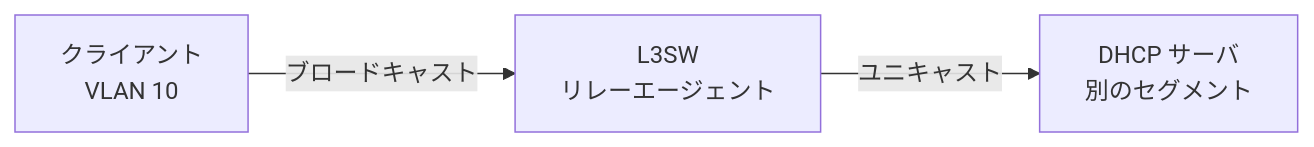
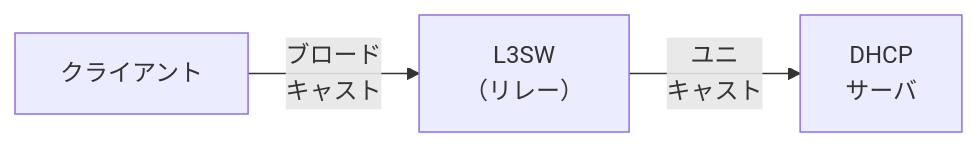
Before and after one commit to nnnaanaa/document: the second of 3 diagrams in network/protocol/dhcp-nat.md, drawn with Mermaid. The commit also changed other lines of this file and 3 other files, not shown here.

Commit message:
新しい暗記シート4本の図の横幅を詰める

````diff
--- a/network/protocol/dhcp-nat.md
+++ b/network/protocol/dhcp-nat.md
@@ -68,5 +68,5 @@
 ```mermaid
 flowchart LR
-  C["クライアント<br>VLAN 10"] -- "ブロードキャスト" --> R["L3SW<br>リレーエージェント"]
-  R -- "ユニキャスト" --> S["DHCP サーバ<br>別のセグメント"]
+  C["クライアント"] -- "ブロード<br>キャスト" --> R["L3SW<br>（リレー）"]
+  R -- "ユニ<br>キャスト" --> S["DHCP<br>サーバ"]
 ```
````
